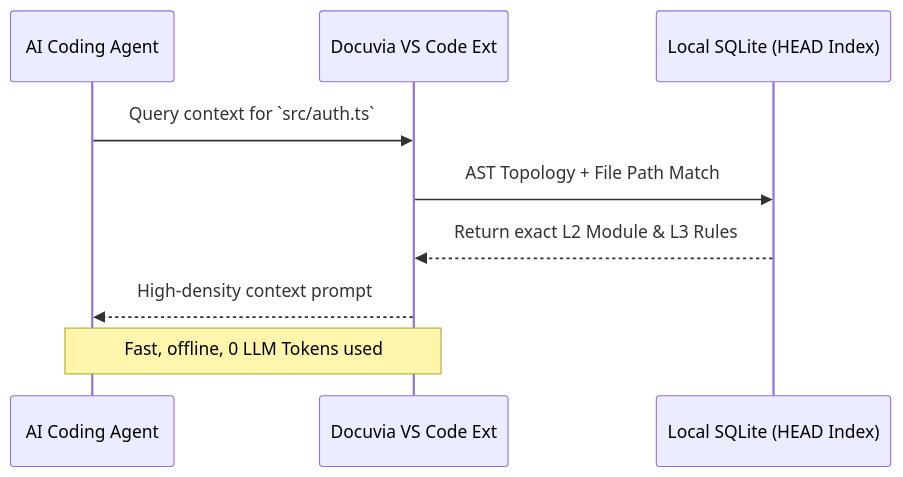
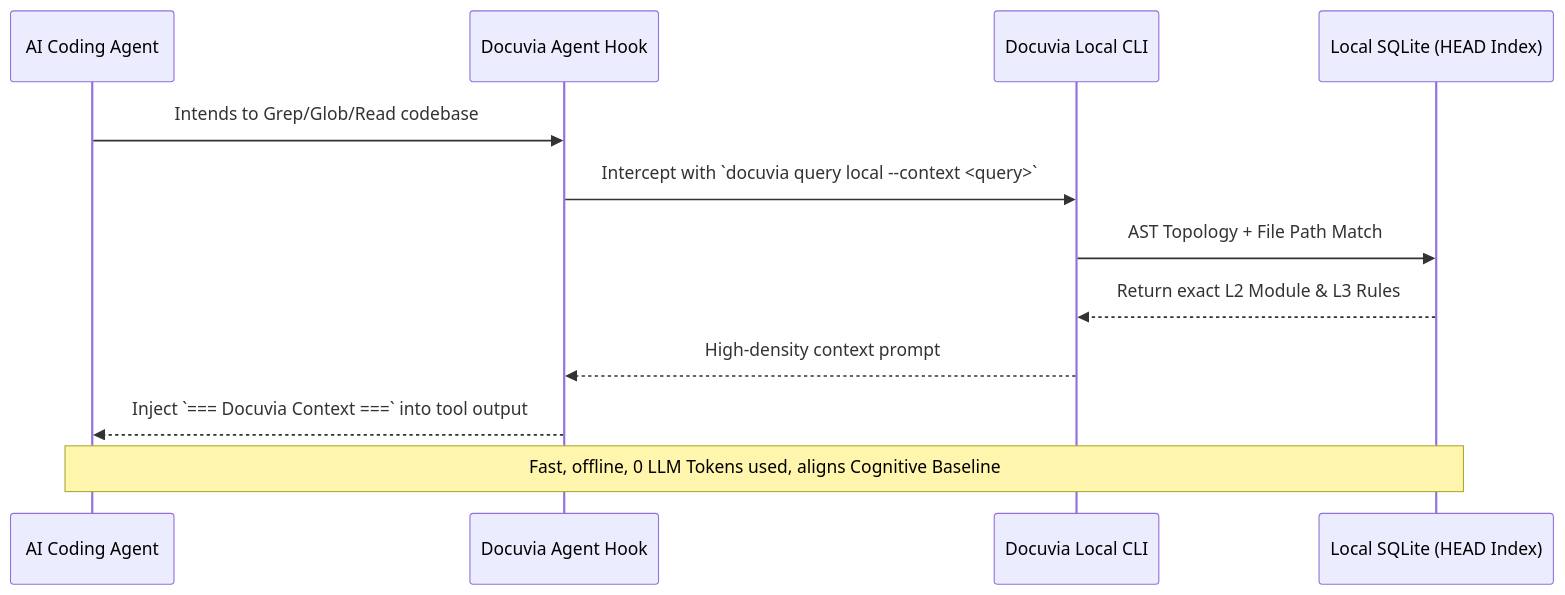
Before and after one commit to dyphn1/Docuvia: the seventh of 10 diagrams in docs/design/06-runtime-scenarios.md, drawn with Mermaid. The commit also changed other lines of this file and 1 other file, not shown here.

Commit message:
docs(design): update runtime scenarios and roadmap with universal AI agent hook integration

````diff
--- a/docs/design/06-runtime-scenarios.md
+++ b/docs/design/06-runtime-scenarios.md
@@ -212,12 +212,15 @@
 ```mermaid
 sequenceDiagram
     participant Agent as AI Coding Agent
-    participant VSC as Docuvia VS Code Ext
+    participant Hook as Docuvia Agent Hook
+    participant CLI as Docuvia Local CLI
     participant LocalDB as Local SQLite (HEAD Index)
     
-    Agent->>VSC: Query context for `src/auth.ts`
-    VSC->>LocalDB: AST Topology + File Path Match
-    LocalDB-->>VSC: Return exact L2 Module & L3 Rules
-    VSC-->>Agent: High-density context prompt
-    Note over Agent,VSC: Fast, offline, 0 LLM Tokens used
+    Agent->>Hook: Intends to Grep/Glob/Read codebase
+    Hook->>CLI: Intercept with `docuvia query local --context <query>`
+    CLI->>LocalDB: AST Topology + File Path Match
+    LocalDB-->>CLI: Return exact L2 Module & L3 Rules
+    CLI-->>Hook: High-density context prompt
+    Hook-->>Agent: Inject `=== Docuvia Context ===` into tool output
+    Note over Agent,LocalDB: Fast, offline, 0 LLM Tokens used, aligns Cognitive Baseline
 ```
````
